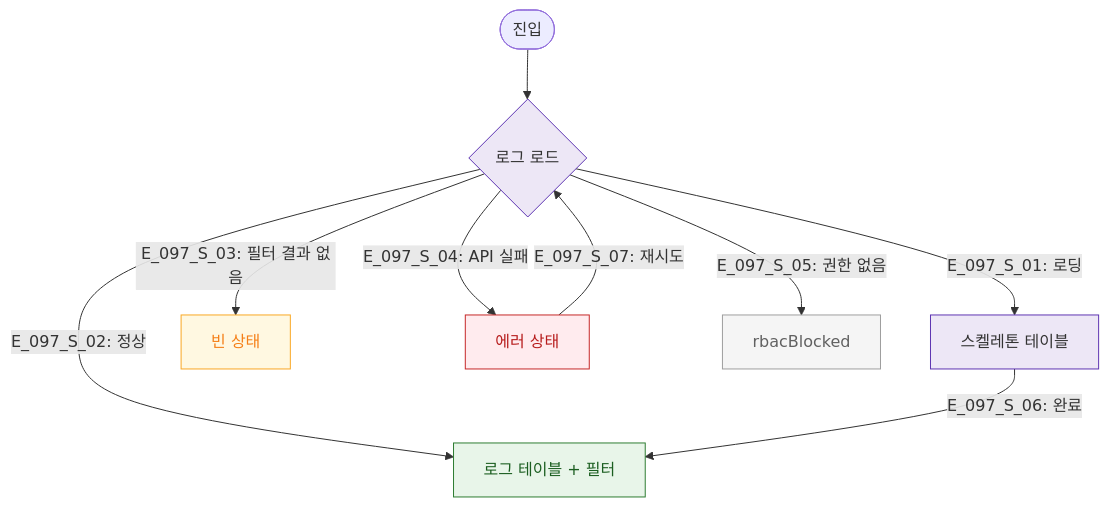
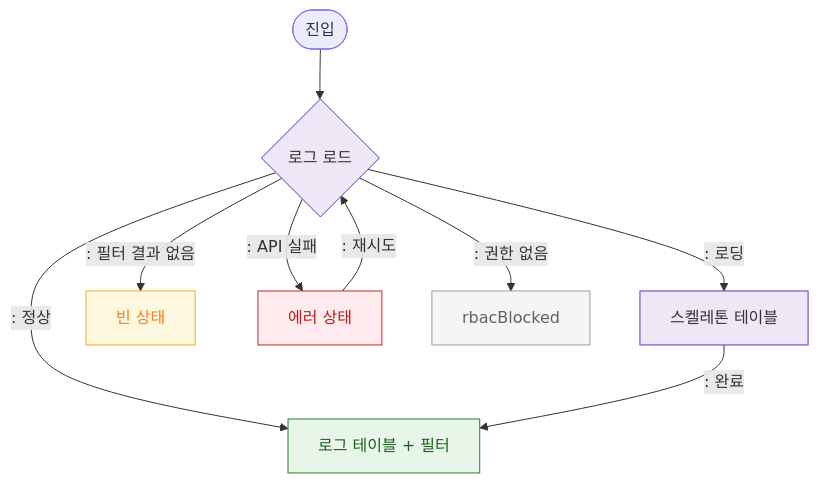
The diagram in docs/다이어그램/D10_본사관리/SCR-097_감사로그/F6_상태별.md (dev-spogym/admin-pando), drawn with Mermaid before and after one commit. The commit also changed other lines of this file and 1660 other files, not shown here.

First line of the commit message:
다이어그램: 기획자/클라이언트 납품본으로 정리

````diff
--- a/docs/다이어그램/D10_본사관리/SCR-097_감사로그/F6_상태별.md
+++ b/docs/다이어그램/D10_본사관리/SCR-097_감사로그/F6_상태별.md
@@ -14,26 +12,26 @@
 ```mermaid
 flowchart TD
   Entry([진입]) --> Load{로그 로드}
 
-  Load -->|"E_097_S_01: 로딩"| Loading[스켈레톤 테이블]
-  Load -->|"E_097_S_02: 정상"| Normal[로그 테이블 + 필터]
-  Load -->|"E_097_S_03: 필터 결과 없음"| Empty[빈 상태]
-  Load -->|"E_097_S_04: API 실패"| Error[에러 상태]
-  Load -->|"E_097_S_05: 권한 없음"| Blocked[rbacBlocked]
+  Load -->|": 로딩"|Loading[스켈레톤 테이블]
+  Load -->|": 정상"|Normal[로그 테이블 + 필터]
+  Load -->|": 필터 결과 없음"|Empty[빈 상태]
+  Load -->|": API 실패"|Error[에러 상태]
+  Load -->|": 권한 없음"|Blocked[rbacBlocked]
 
-  Loading -->|"E_097_S_06: 완료"| Normal
-  Error -->|"E_097_S_07: 재시도"| Load
+  Loading -->|": 완료"|Normal
+  Error -->|": 재시도"|Load
 
   classDef screen fill:#E3F2FD,stroke:#1976D2,color:#0D47A1
   classDef system fill:#EDE7F6,stroke:#5E35B2
   classDef error fill:#FFEBEE,stroke:#C62828,color:#B71C1C
   classDef warning fill:#FFF8E1,stroke:#F9A825,color:#F57F17
   classDef rbacBlocked fill:#F5F5F5,stroke:#9E9E9E,color:#616161
   classDef success fill:#E8F5E9,stroke:#2E7D32,color:#1B5E20
 
   class Normal success
   class Loading,Load system
   class Error error
   class Empty warning
   class Blocked rbacBlocked
 ```
````
